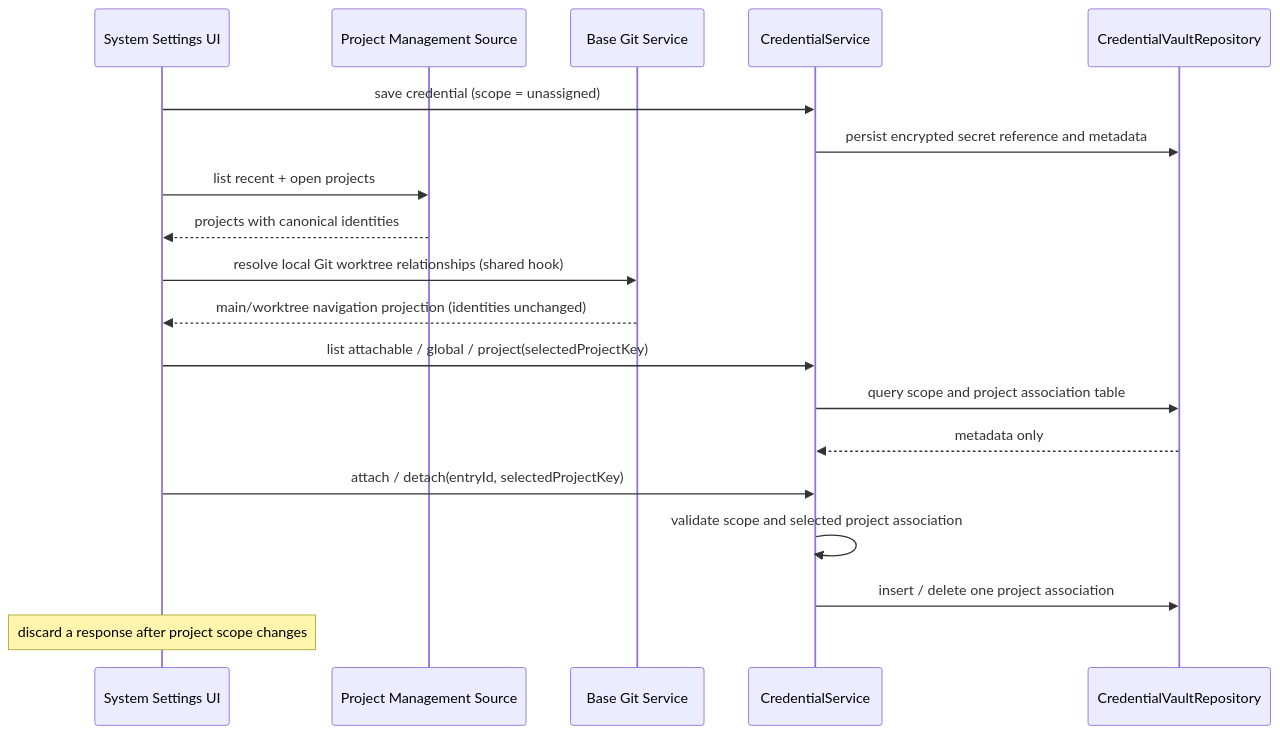
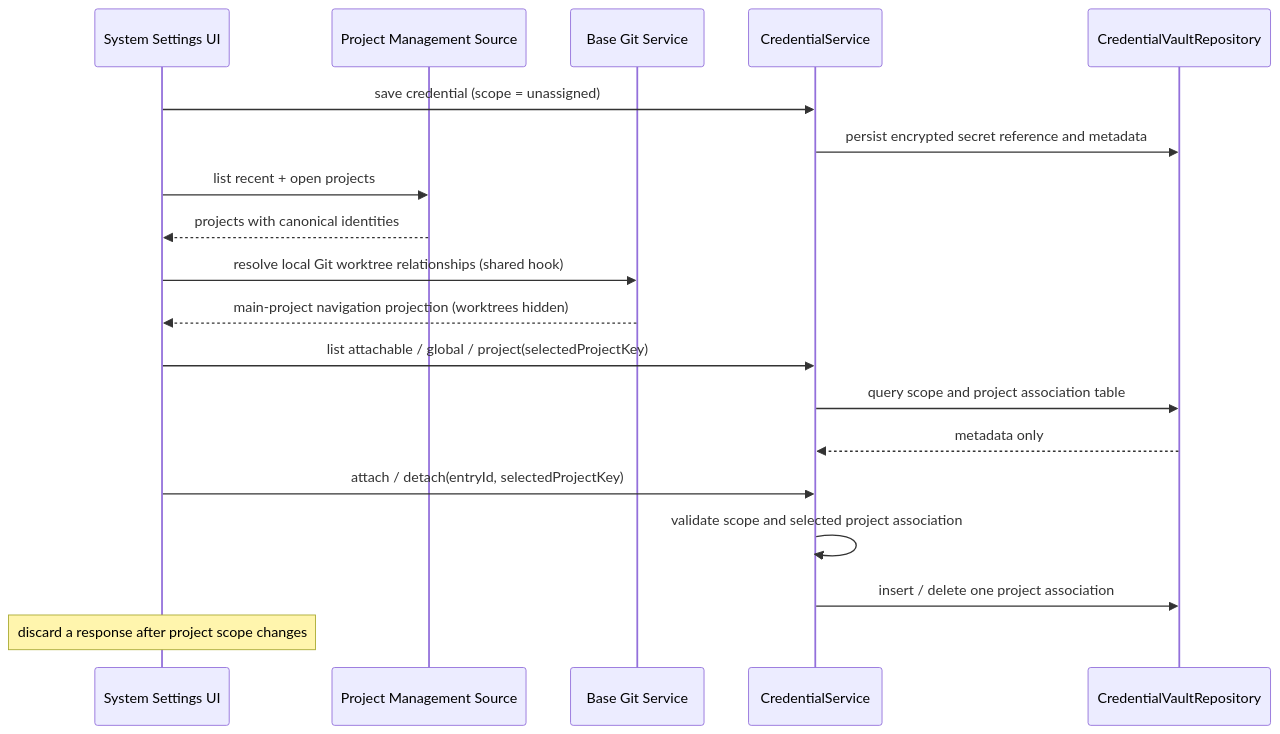
The diagram in packages/ui/specs/project-credential-scope.md (caiqiqqq/CodeVori), drawn with Mermaid before and after one commit. The commit also changed other lines of this file and 4 other files, not shown here.

Commit message:
fix(credentials): show main projects without worktree subitems

````diff
--- a/packages/ui/specs/project-credential-scope.md
+++ b/packages/ui/specs/project-credential-scope.md
@@ -36,21 +36,21 @@
 ```mermaid
 sequenceDiagram
     participant UI as System Settings UI
     participant Projects as Project Management Source
     participant Git as Base Git Service
     participant Host as CredentialService
     participant Repo as CredentialVaultRepository
     UI->>Host: save credential (scope = unassigned)
     Host->>Repo: persist encrypted secret reference and metadata
     UI->>Projects: list recent + open projects
     Projects-->>UI: projects with canonical identities
     UI->>Git: resolve local Git worktree relationships (shared hook)
-    Git-->>UI: main/worktree navigation projection (identities unchanged)
+    Git-->>UI: main-project navigation projection (worktrees hidden)
     UI->>Host: list attachable / global / project(selectedProjectKey)
     Host->>Repo: query scope and project association table
     Repo-->>Host: metadata only
     UI->>Host: attach / detach(entryId, selectedProjectKey)
     Host->>Host: validate scope and selected project association
     Host->>Repo: insert / delete one project association
     Note over UI: discard a response after project scope changes
 ```
````
